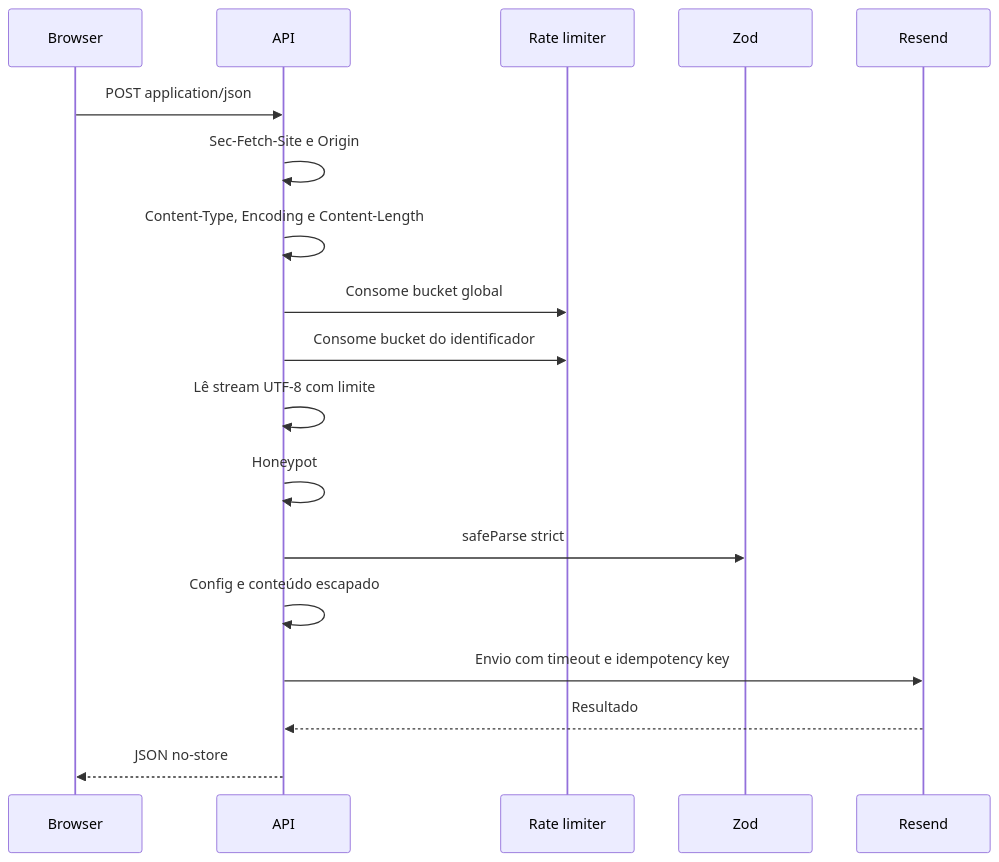
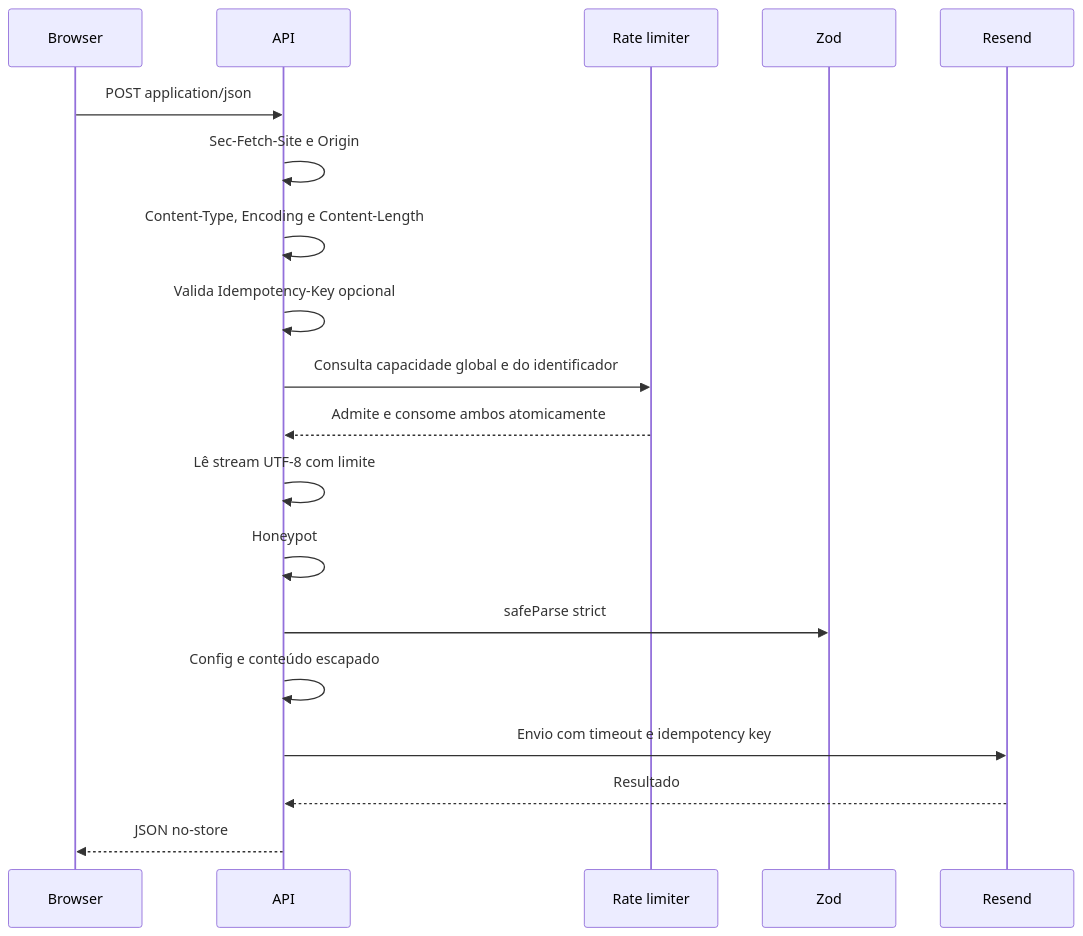
Before and after one commit to Rdemora2/Portifolio: the second of 2 diagrams in docs/TECHNICAL_CONTEXT.md, drawn with Mermaid. The commit also changed other lines of this file and 329 other files, not shown here.

```diff
--- a/docs/TECHNICAL_CONTEXT.md
+++ b/docs/TECHNICAL_CONTEXT.md
@@ -440,20 +441,21 @@
 ~~~mermaid
 sequenceDiagram
     participant B as Browser
     participant A as API
     participant M as Rate limiter
     participant Z as Zod
     participant R as Resend
     B->>A: POST application/json
     A->>A: Sec-Fetch-Site e Origin
     A->>A: Content-Type, Encoding e Content-Length
-    A->>M: Consome bucket global
-    A->>M: Consome bucket do identificador
+    A->>A: Valida Idempotency-Key opcional
+    A->>M: Consulta capacidade global e do identificador
+    M-->>A: Admite e consome ambos atomicamente
     A->>A: Lê stream UTF-8 com limite
     A->>A: Honeypot
     A->>Z: safeParse strict
     A->>A: Config e conteúdo escapado
     A->>R: Envio com timeout e idempotency key
     R-->>A: Resultado
     A-->>B: JSON no-store
 ~~~
```
